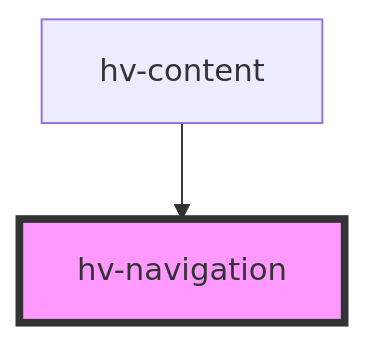
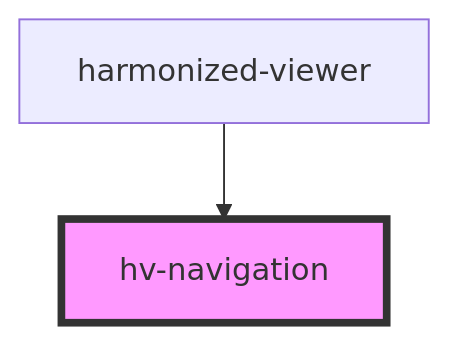
Before and after one commit to bac-lac/lac-harmonized-viewer: the diagram in src/components/navigation/readme.md, drawn with Mermaid. The commit also changed other lines of this file and 9 other files, not shown here.

````diff
--- a/src/components/navigation/readme.md
+++ b/src/components/navigation/readme.md
@@ -31,5 +30,5 @@
 ```mermaid
 graph TD;
-  hv-content --> hv-navigation
+  harmonized-viewer --> hv-navigation
   style hv-navigation fill:#f9f,stroke:#333,stroke-width:4px
 ```
````
